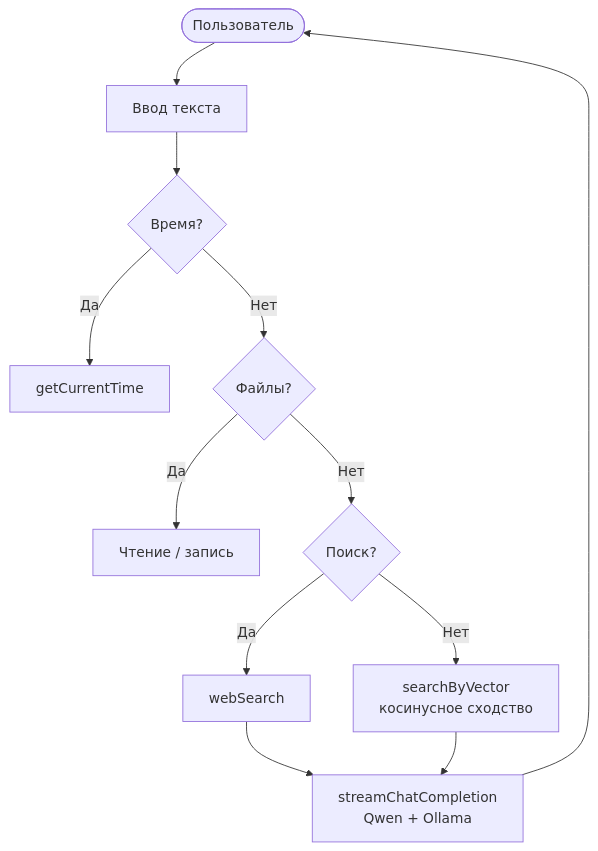
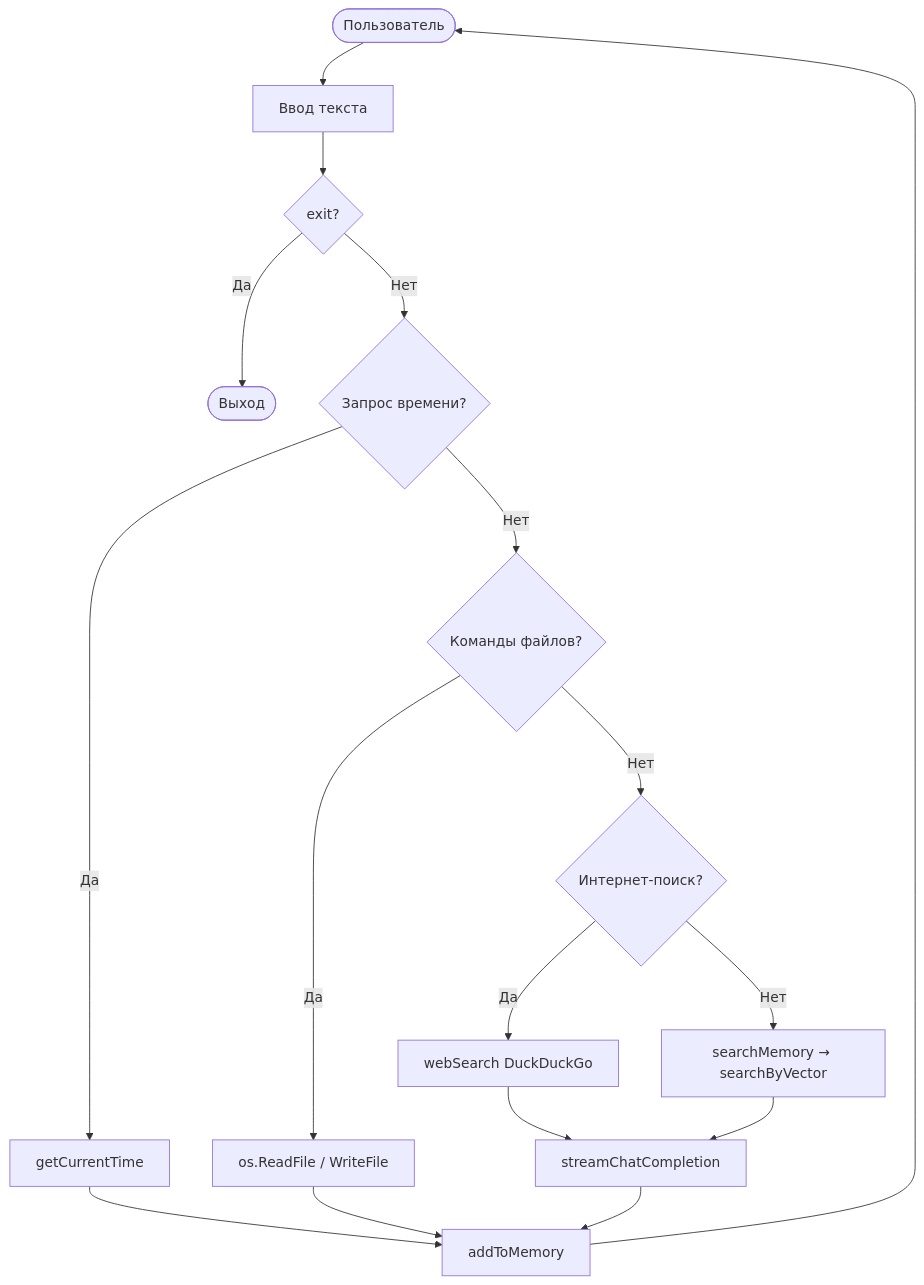
One commit to 1Maniak/nexus changed the third of 3 diagrams in docs/ARCHITECTURE.md. Above: the diagram before and after it, drawn with Mermaid. The commit also changed other lines of this file and 2 other files, not shown here.

Commit message:
docs: sync architecture, roadmap and tools with v1.6.0

````diff
--- a/docs/ARCHITECTURE.md
+++ b/docs/ARCHITECTURE.md
@@ -179,14 +65,16 @@
 ```mermaid
 flowchart TD
     U([Пользователь]) --> IN[Ввод текста]
-    IN --> TIME{Время?}
-    TIME -- Да --> RT[getCurrentTime]
-    TIME -- Нет --> FILE{Файлы?}
-    FILE -- Да --> FOP[Чтение / запись]
-    FILE -- Нет --> SEARCH{Поиск?}
-    SEARCH -- Да --> WS[webSearch]
-    WS --> LLM
-    SEARCH -- Нет --> RAG[searchByVector<br/>косинусное сходство]
-    RAG --> LLM[streamChatCompletion<br/>Qwen + Ollama]
-    LLM --> U
+    IN --> EXIT{exit?}
+    EXIT -- Да --> END([Выход])
+    EXIT -- Нет --> TIME{Запрос времени?}
+    TIME -- Да --> RT[getCurrentTime] --> SAVE
+    TIME -- Нет --> FILE{Команды файлов?}
+    FILE -- Да --> FOP[os.ReadFile / WriteFile] --> SAVE
+    FILE -- Нет --> SEARCH{Интернет-поиск?}
+    SEARCH -- Да --> WS[webSearch DuckDuckGo] --> LLM
+    SEARCH -- Нет --> RAG[searchMemory → searchByVector]
+    RAG --> LLM[streamChatCompletion]
+    LLM --> SAVE[addToMemory]
+    SAVE --> U
 ```
````
